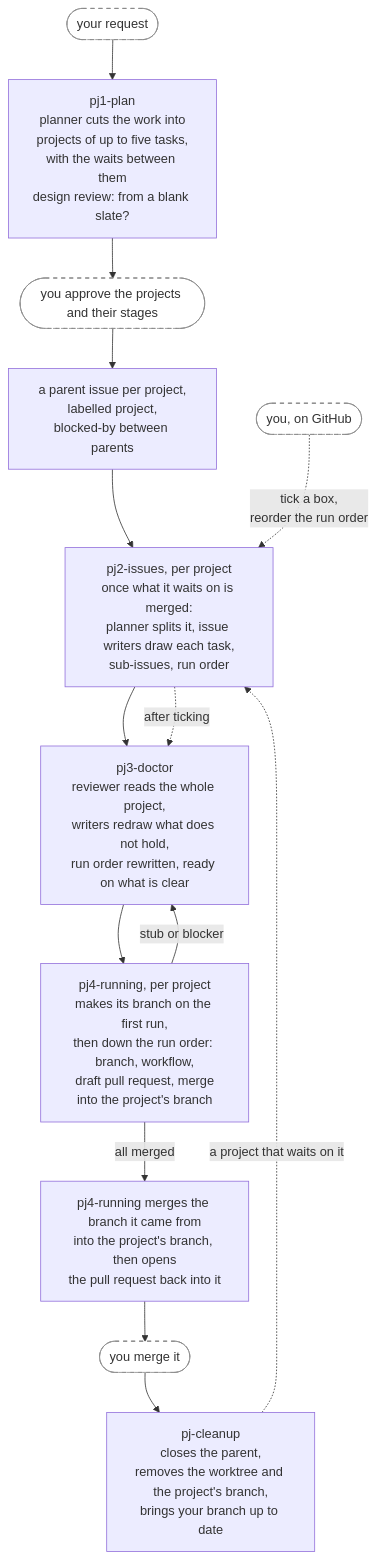
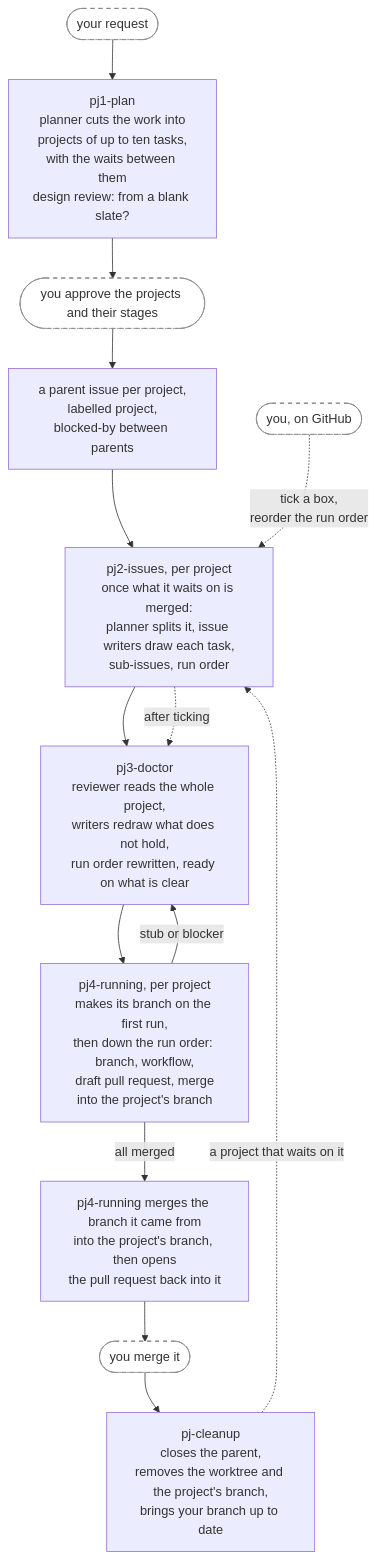
Before and after one commit to annetaan/claude-plugins: the third of 4 diagrams in plugins/annetaan/README.md, drawn with Mermaid. The commit also changed other lines of this file and 6 other files, not shown here.

First line of the commit message:
feat: cut projects only where the work does not fit or can run in parallel, aiming at 7 to 8 tasks, 10 at most (#63)

````diff
--- a/plugins/annetaan/README.md
+++ b/plugins/annetaan/README.md
@@ -285,18 +286,18 @@
 ```mermaid
 flowchart TD
-    req(["your request"]) --> plan["pj1-plan<br/>planner cuts the work into<br/>projects of up to five tasks,<br/>with the waits between them<br/>design review: from a blank slate?"]
+    req(["your request"]) --> plan["pj1-plan<br/>planner cuts the work into<br/>projects of up to ten tasks,<br/>with the waits between them<br/>design review: from a blank slate?"]
     plan --> approve(["you approve the projects and their stages"]) --> filed["a parent issue per project,<br/>labelled project,<br/>blocked-by between parents"]
     filed --> split["pj2-issues, per project<br/>once what it waits on is merged:<br/>planner splits it, issue writers draw each task,<br/>sub-issues, run order"]
     split --> doctor["pj3-doctor<br/>reviewer reads the whole project,<br/>writers redraw what does not hold,<br/>run order rewritten, ready on what is clear"]
     doctor --> run["pj4-running, per project<br/>makes its branch on the first run,<br/>then down the run order: branch, workflow,<br/>draft pull request, merge<br/>into the project's branch"]
     run -->|"stub or blocker"| doctor
     run -->|"all merged"| pr["pj4-running merges the branch it came from<br/>into the project's branch, then opens<br/>the pull request back into it"]
     pr --> done(["you merge it"]) --> cleanup["pj-cleanup<br/>closes the parent,<br/>removes the worktree and the project's branch,<br/>brings your branch up to date"]
     cleanup -.->|"a project that waits on it"| split
 
     you(["you, on GitHub"]) -.->|"tick a box,<br/>reorder the run order"| split
     split -.->|"after ticking"| doctor
 
     classDef human fill:#fff,stroke:#888,stroke-dasharray: 5 5
     class req,approve,you,done human
 ```
````
